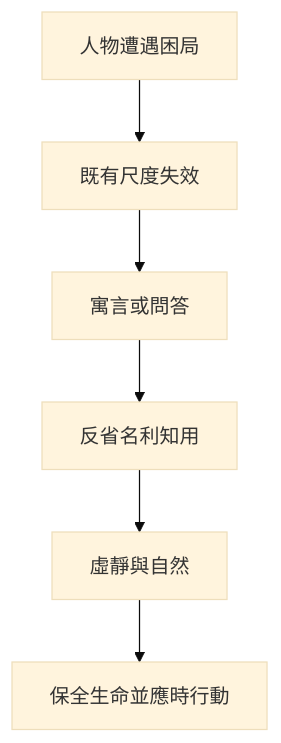
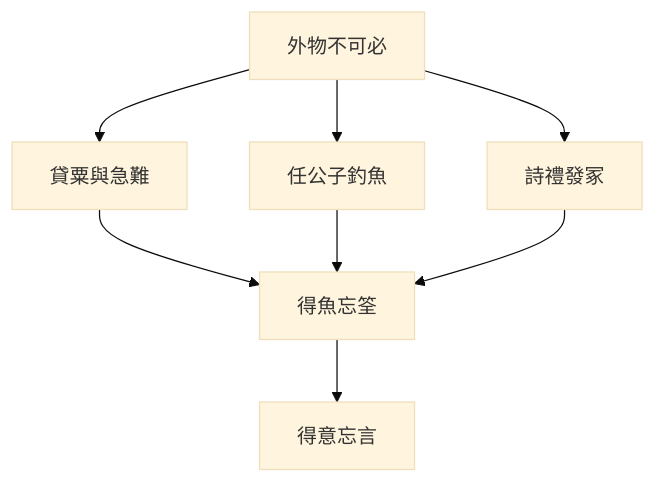
One commit to show0621/zhuangzi-atlas changed the diagram in content/chapters/03-雜篇/26-外物.md. Above: the diagram before and after it, drawn with Mermaid (base theme). The commit also changed other lines of this file and 11 other files, not shown here.

````diff
--- a/content/chapters/03-雜篇/26-外物.md
+++ b/content/chapters/03-雜篇/26-外物.md
@@ -190,8 +183,10 @@
 ```mermaid
 flowchart TD
-  A[人物遭遇困局] --> B[既有尺度失效]
-  B --> C[寓言或問答]
-  C --> D[反省名利知用]
-  D --> E[虛靜與自然]
-  E --> F[保全生命並應時行動]
+  A[外物不可必] --> B[貸粟與急難]
+  A --> C[任公子釣魚]
+  A --> D[詩禮發冢]
+  B --> E[得魚忘筌]
+  C --> E
+  D --> E
+  E --> F[得意忘言]
 ```
````
